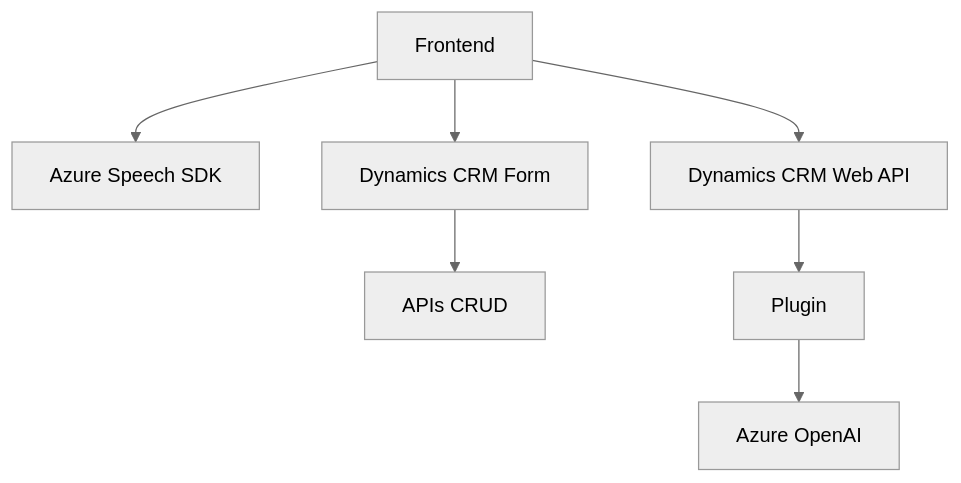
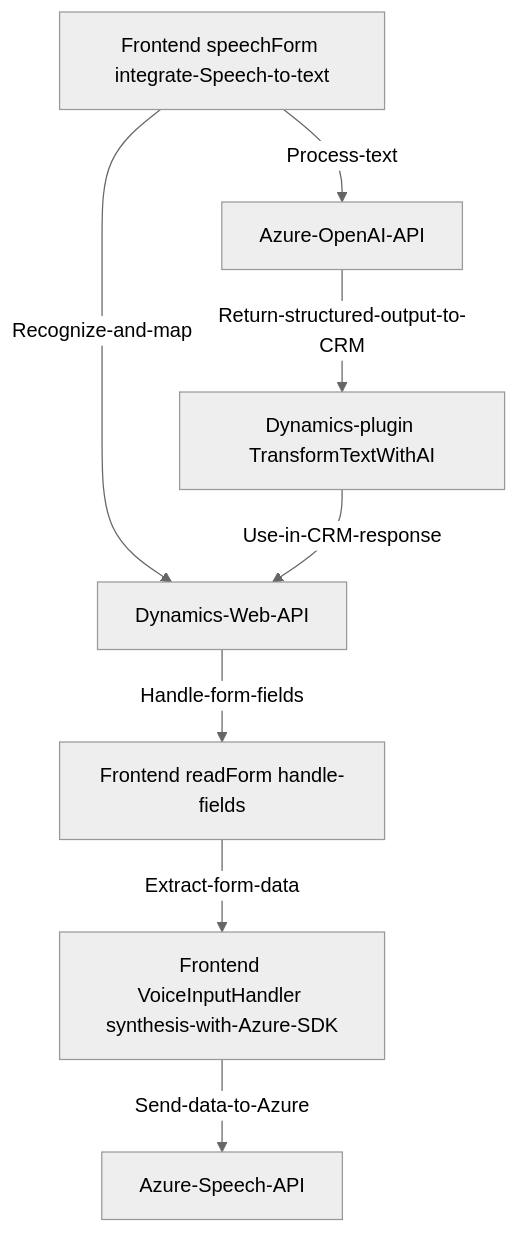
One commit to blopezdm/NETCORE_BILBAO2025 changed the diagram in README.md. Above: the diagram before and after it, drawn with Mermaid (neutral theme). The commit also changed other lines of this file, not shown here.

````diff
--- a/README.md
+++ b/README.md
@@ -32,9 +55,18 @@
 ```mermaid
 graph TD
-    A["Frontend"] --> B["Azure Speech SDK"]
-    A-->C["Dynamics CRM Form"]
-    C-->D["APIs CRUD"]
-    A-->E["Dynamics CRM Web API"]
-    E-->F["Plugin"]
-    F-->G["Azure OpenAI"]
+    A["Frontend readForm handle-fields"]
+    B["Frontend VoiceInputHandler synthesis-with-Azure-SDK"]
+    C["Frontend speechForm integrate-Speech-to-text"]
+    D["Dynamics-plugin TransformTextWithAI"]
+    E["Azure-Speech-API"]
+    F["Azure-OpenAI-API"]
+    G["Dynamics-Web-API"]
+
+    A -->|Extract-form-data| B
+    B -->|Send-data-to-Azure| E
+    C -->|Recognize-and-map| G
+    G -->|Handle-form-fields| A
+    C -->|Process-text| F
+    F -->|Return-structured-output-to-CRM| D
+    D -->|Use-in-CRM-response| G
 ```
````
